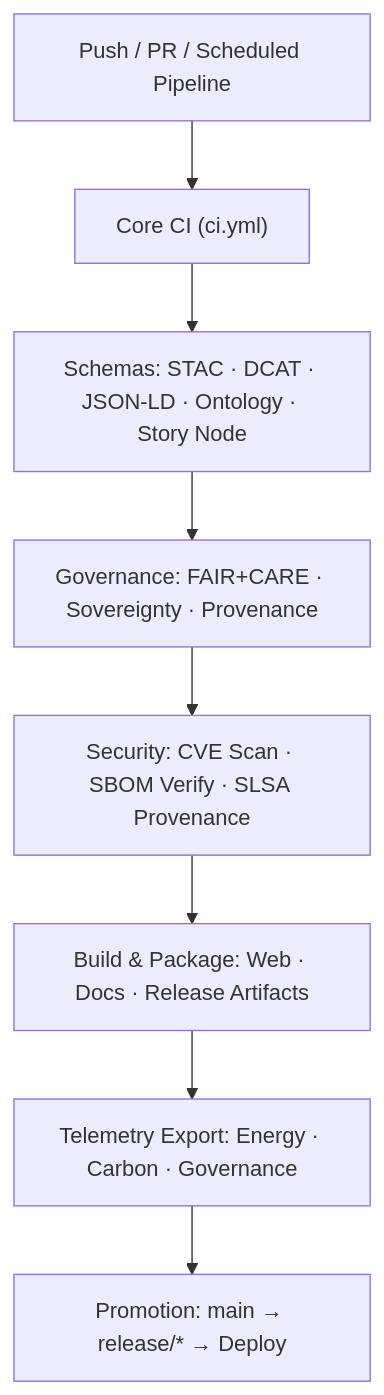
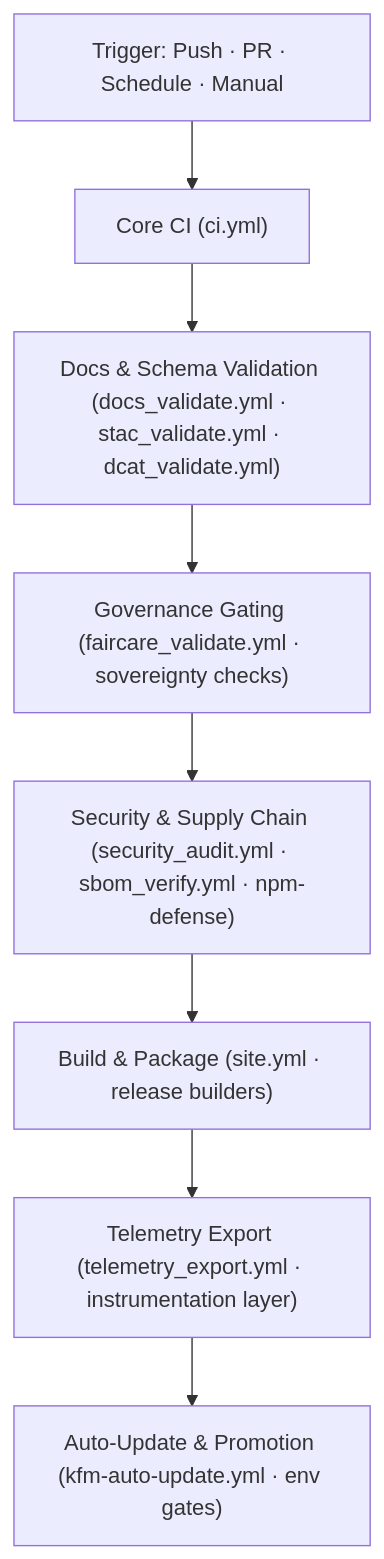
One commit to bartytime4life/Kansas-Frontier-Matrix changed the diagram in .github/workflows/README.md. Above: the diagram before and after it, drawn with Mermaid. The commit also changed other lines of this file, not shown here.

````diff
--- a/.github/workflows/README.md
+++ b/.github/workflows/README.md
@@ -142,10 +186,10 @@
 ```mermaid
 flowchart TB
-    A["Push / PR / Scheduled Pipeline"] --> B["Core CI (ci.yml)"]
-    B --> C["Schemas: STAC · DCAT · JSON-LD · Ontology · Story Node"]
-    C --> D["Governance: FAIR+CARE · Sovereignty · Provenance"]
-    D --> E["Security: CVE Scan · SBOM Verify · SLSA Provenance"]
-    E --> F["Build & Package: Web · Docs · Release Artifacts"]
-    F --> G["Telemetry Export: Energy · Carbon · Governance"]
-    G --> H["Promotion: main → release/* → Deploy"]
+    A["Trigger: Push · PR · Schedule · Manual"] --> B["Core CI (ci.yml)"]
+    B --> C["Docs & Schema Validation (docs_validate.yml · stac_validate.yml · dcat_validate.yml)"]
+    C --> D["Governance Gating (faircare_validate.yml · sovereignty checks)"]
+    D --> E["Security & Supply Chain (security_audit.yml · sbom_verify.yml · npm-defense)"]
+    E --> F["Build & Package (site.yml · release builders)"]
+    F --> G["Telemetry Export (telemetry_export.yml · instrumentation layer)"]
+    G --> H["Auto-Update & Promotion (kfm-auto-update.yml · env gates)"]
 ```
````
